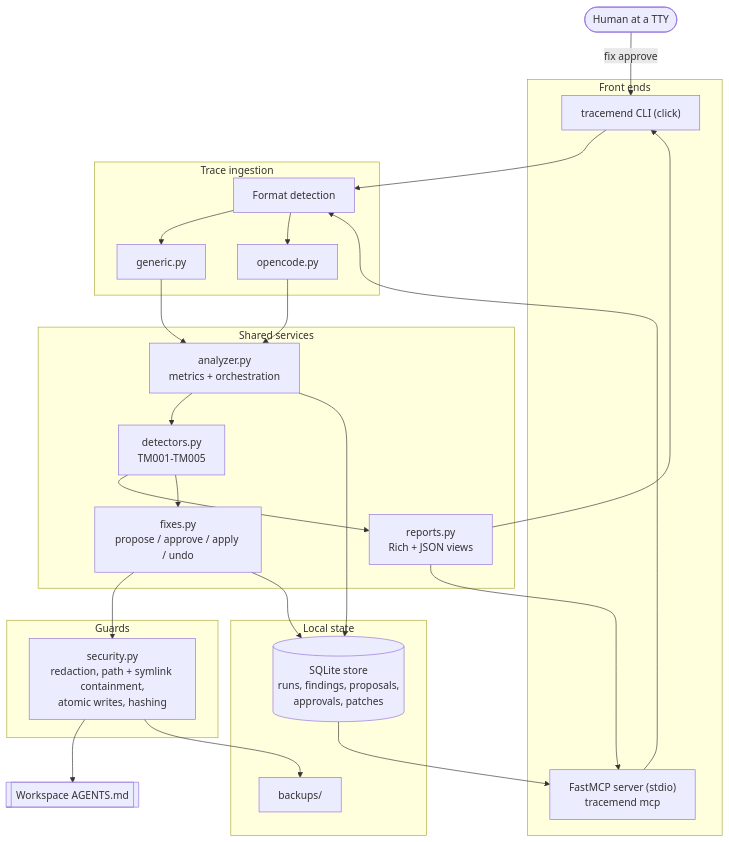
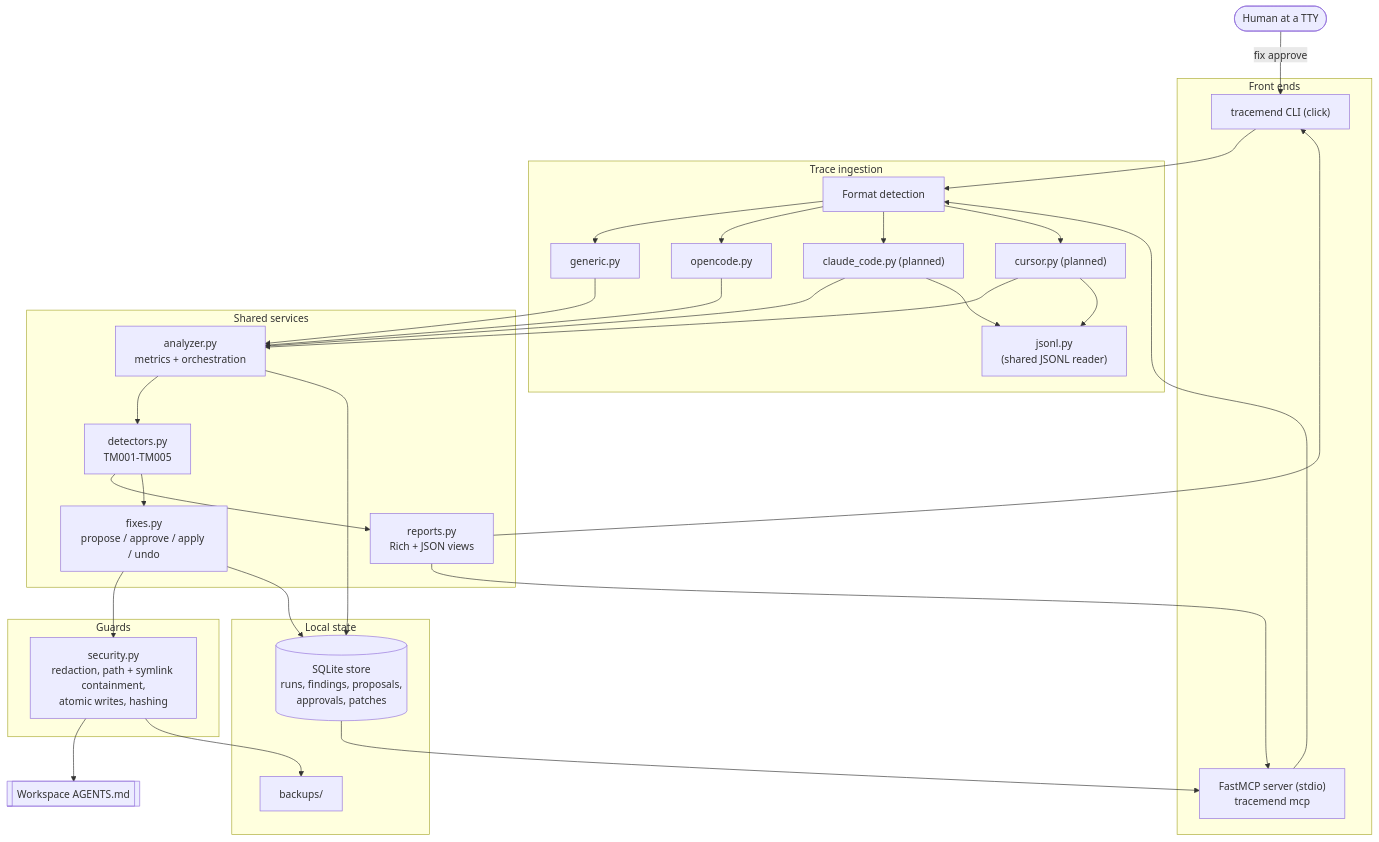
One commit to kartikav05/tracemend changed the first of 2 diagrams in docs/architecture.md. Above: the diagram before and after it, drawn with Mermaid. The commit also changed other lines of this file and 5 other files, not shown here.

First line of the commit message:
docs: document native Claude Code and Cursor trace imports

````diff
--- a/docs/architecture.md
+++ b/docs/architecture.md
@@ -9,51 +9,60 @@
 ```mermaid
 flowchart TD
     subgraph Front["Front ends"]
         CLI["tracemend CLI (click)"]
         MCP["FastMCP server (stdio)<br/>tracemend mcp"]
     end
 
     subgraph Adapters["Trace ingestion"]
         AUTO["Format detection"]
         GEN["generic.py"]
         OC["opencode.py"]
+        CC["claude_code.py (planned)"]
+        CUR["cursor.py (planned)"]
+        JL["jsonl.py<br/>(shared JSONL reader)"]
     end
 
     subgraph Core["Shared services"]
         AN["analyzer.py<br/>metrics + orchestration"]
         DET["detectors.py<br/>TM001-TM005"]
         FIX["fixes.py<br/>propose / approve / apply / undo"]
         REP["reports.py<br/>Rich + JSON views"]
     end
 
     subgraph Safety["Guards"]
         SEC["security.py<br/>redaction, path + symlink containment,<br/>atomic writes, hashing"]
     end
 
     subgraph Store["Local state"]
         DB[("SQLite store<br/>runs, findings, proposals,<br/>approvals, patches")]
         BK["backups/"]
     end
 
     WS[["Workspace AGENTS.md"]]
 
     CLI --> AUTO
     MCP --> AUTO
     AUTO --> GEN
     AUTO --> OC
+    AUTO --> CC
+    AUTO --> CUR
     GEN --> AN
     OC --> AN
+    CC --> AN
+    CUR --> AN
+    CC --> JL
+    CUR --> JL
     AN --> DET
     DET --> REP
     DET --> FIX
     FIX --> SEC
     SEC --> WS
     SEC --> BK
     AN --> DB
     FIX --> DB
     REP --> CLI
     REP --> MCP
     DB --> MCP
 
     HUM(["Human at a TTY"]) -->|"fix approve"| CLI
 ```
````
